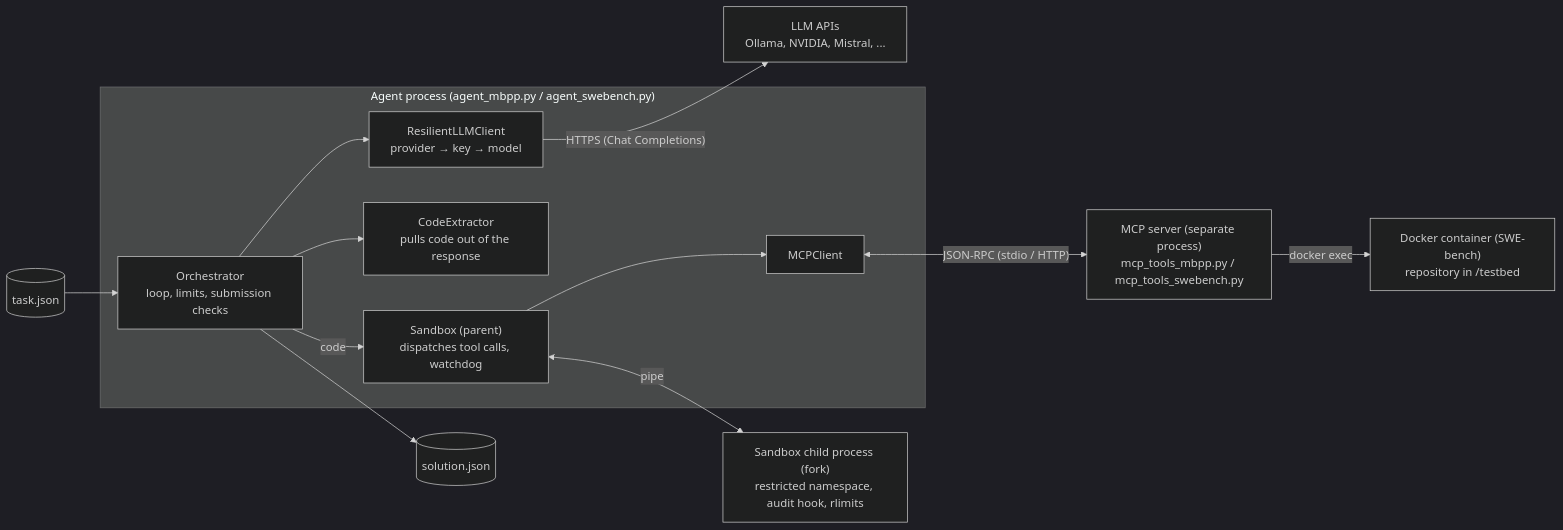
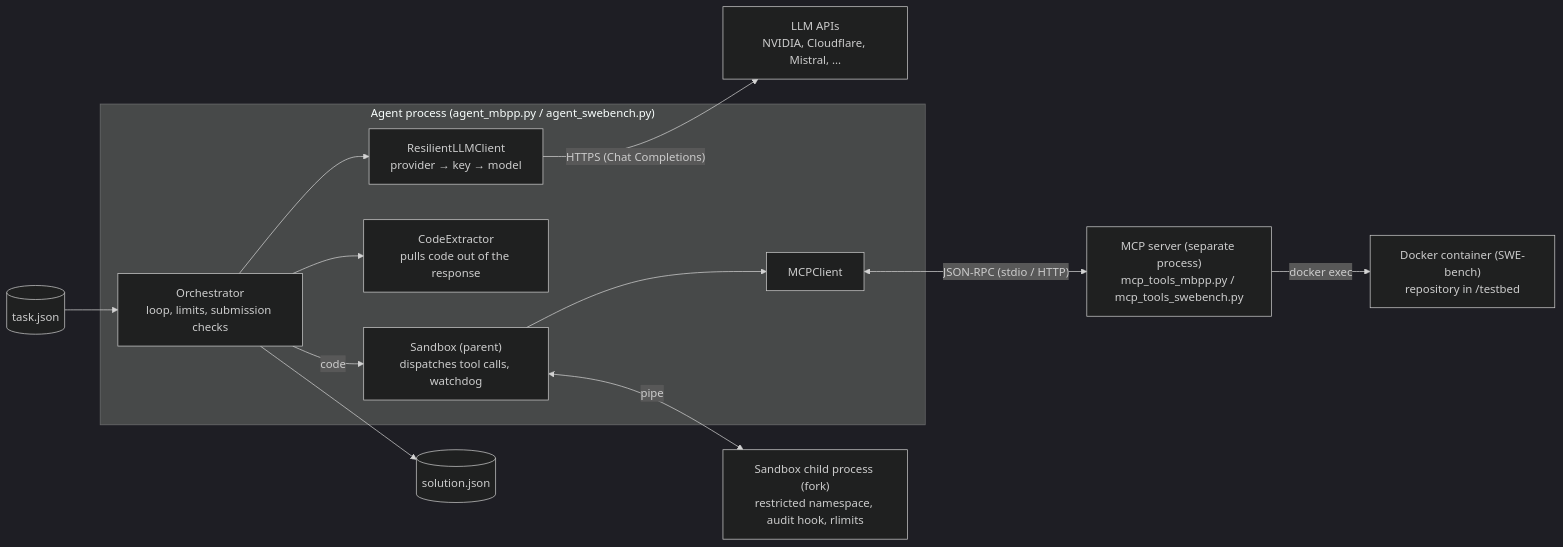
The first of 3 diagrams in README.md (KenkoZousinKa/My_AgentSmith), drawn with Mermaid (dark theme) before and after one commit. The commit also changed other lines of this file and 1 other file, not shown here.

````diff
--- a/README.md
+++ b/README.md
@@ -48,20 +48,20 @@
 ```mermaid
 flowchart LR
     TASK[("task.json")] --> ORCH
     subgraph AGENT["Agent process (agent_mbpp.py / agent_swebench.py)"]
         ORCH["Orchestrator<br>loop, limits, submission checks"]
         LLMC["ResilientLLMClient<br>provider → key → model"]
         EXT["CodeExtractor<br>pulls code out of the response"]
         SBP["Sandbox (parent)<br>dispatches tool calls, watchdog"]
         MCPC["MCPClient"]
         ORCH --> LLMC
         ORCH --> EXT
         ORCH -- code --> SBP
         SBP --> MCPC
     end
-    LLMC -- "HTTPS (Chat Completions)" --> API["LLM APIs<br>Ollama, NVIDIA, Mistral, ..."]
+    LLMC -- "HTTPS (Chat Completions)" --> API["LLM APIs<br>NVIDIA, Cloudflare, Mistral, ..."]
     SBP <-- "pipe" --> CHILD["Sandbox child process (fork)<br>restricted namespace, audit hook, rlimits"]
     MCPC <-- "JSON-RPC (stdio / HTTP)" --> SRV["MCP server (separate process)<br>mcp_tools_mbpp.py / mcp_tools_swebench.py"]
     SRV -- "docker exec" --> DOCKER["Docker container (SWE-bench)<br>repository in /testbed"]
     ORCH --> SOL[("solution.json")]
 ```
````
